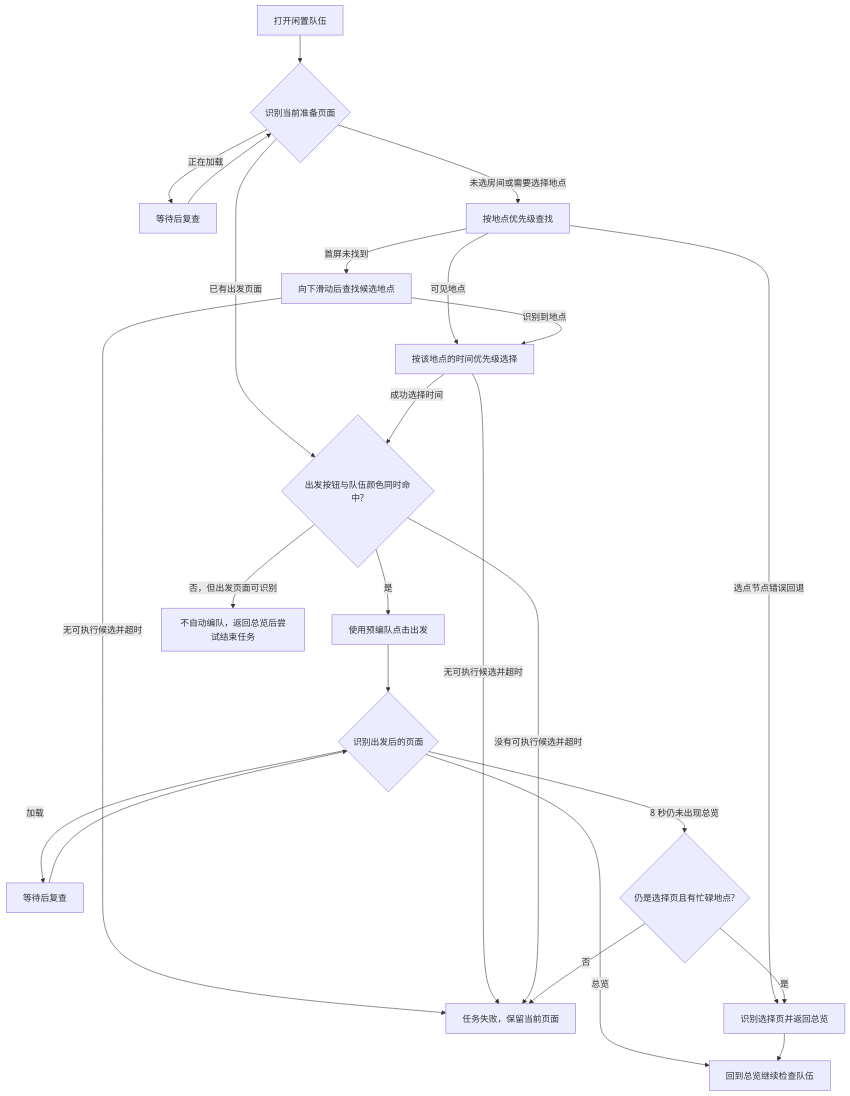
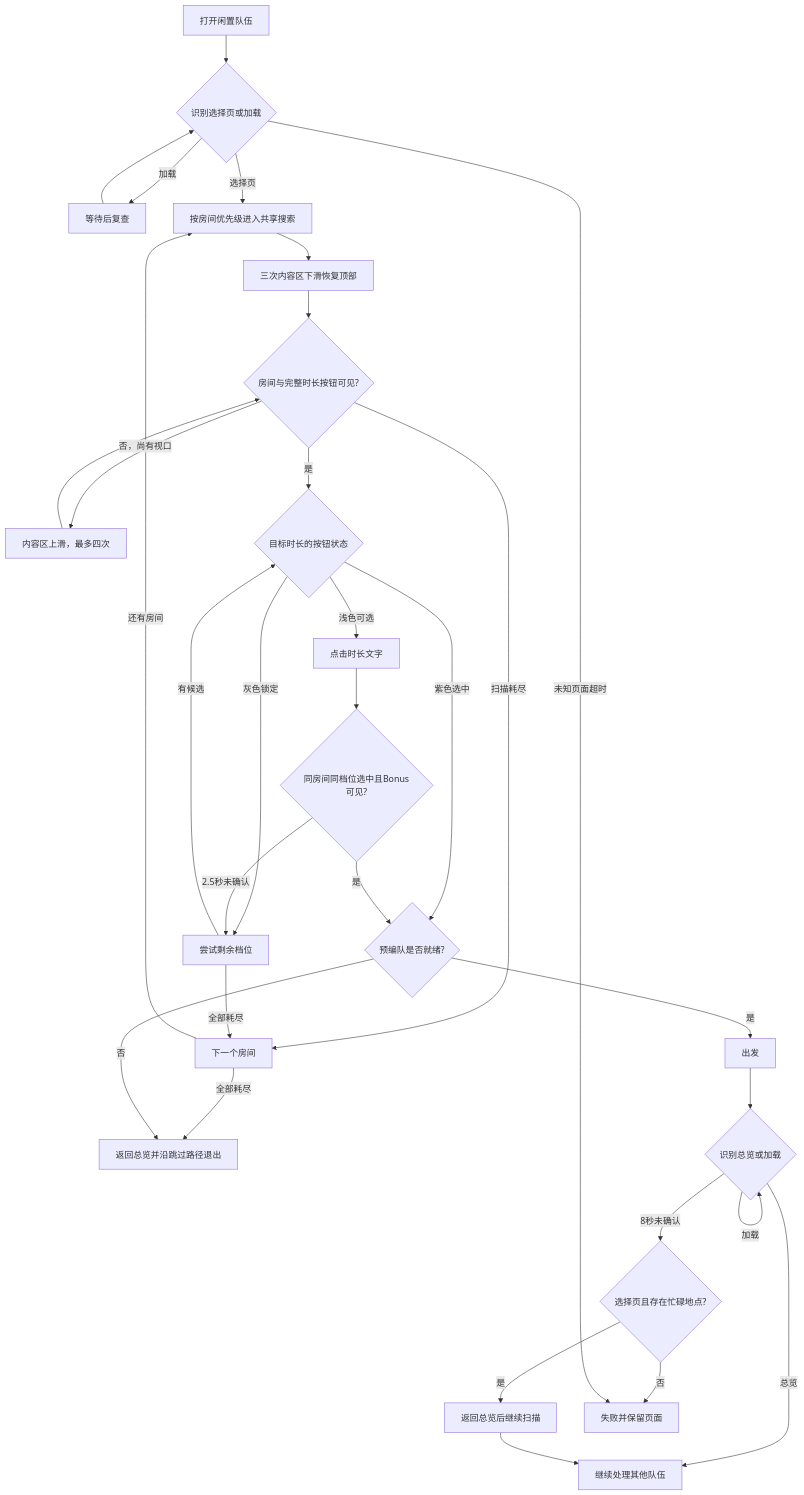
One commit to cccrx1/TKFMaa changed the second of 2 diagrams in docs/zh_cn/tasks/daily_dispatch.md. Above: the diagram before and after it, drawn with Mermaid. The commit also changed other lines of this file and 3 other files, not shown here.

````diff
--- a/docs/zh_cn/tasks/daily_dispatch.md
+++ b/docs/zh_cn/tasks/daily_dispatch.md
@@ -67,26 +67,33 @@
 ```mermaid
 flowchart TD
-    Start[打开闲置队伍] --> State{识别当前准备页面}
-    State -->|正在加载| Wait[等待后复查]
+    Start[打开闲置队伍] --> State{识别选择页或加载}
+    State -->|加载| Wait[等待后复查]
     Wait --> State
-    State -->|未选房间或需要选择地点| Location[按地点优先级查找]
-    Location -->|可见地点| Time[按该地点的时间优先级选择]
-    Location -->|首屏未找到| Swipe[向下滑动后查找候选地点]
-    Swipe -->|识别到地点| Time
-    Swipe -->|无可执行候选并超时| Fail
-    Location -->|选点节点错误回退| Return[识别选择页并返回总览]
-    State -->|已有出发页面| Team{出发按钮与队伍颜色同时命中?}
-    Time -->|成功选择时间| Team
-    Time -->|无可执行候选并超时| Fail
-    Team -->|是| Launch[使用预编队点击出发]
-    Team -->|否，但出发页面可识别| Abort[不自动编队，返回总览后尝试结束任务]
-    Team -->|没有可执行候选并超时| Fail[任务失败，保留当前页面]
-    Launch --> After{识别出发后的页面}
-    After -->|加载| Loading[等待后复查]
-    Loading --> After
-    After -->|8 秒仍未出现总览| Fallback{仍是选择页且有忙碌地点?}
-    Fallback -->|是| Return
-    Fallback -->|否| Fail
-    After -->|总览| Scan[回到总览继续检查队伍]
+    State -->|选择页| Room[按房间优先级进入共享搜索]
+    Room --> Reset[三次内容区下滑恢复顶部]
+    Reset --> Search{房间与完整时长按钮可见?}
+    Search -->|否，尚有视口| Swipe[内容区上滑，最多四次]
+    Swipe --> Search
+    Search -->|扫描耗尽| Next[下一个房间]
+    Search -->|是| Selected{目标时长的按钮状态}
+    Selected -->|紫色选中| Team{预编队是否就绪?}
+    Selected -->|浅色可选| Pick[点击时长文字]
+    Selected -->|灰色锁定| Remaining[尝试剩余档位]
+    Pick --> Verify{同房间同档位选中且Bonus可见?}
+    Verify -->|是| Team
+    Verify -->|2.5秒未确认| Remaining[尝试剩余档位]
+    Remaining -->|有候选| Selected
+    Remaining -->|全部耗尽| Next
+    Next -->|还有房间| Room
+    Next -->|全部耗尽| Skip[返回总览并沿跳过路径退出]
+    Team -->|否| Skip
+    Team -->|是| Launch[出发]
+    Launch --> After{识别总览或加载}
+    After -->|加载| After
+    After -->|总览| Scan[继续处理其他队伍]
+    After -->|8秒未确认| Fallback{选择页且存在忙碌地点?}
+    Fallback -->|是| Return[返回总览后继续扫描]
+    Fallback -->|否| Fail[失败并保留页面]
     Return --> Scan
+    State -->|未知页面超时| Fail
 ```
````
